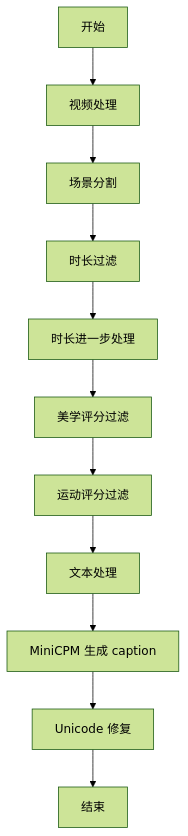
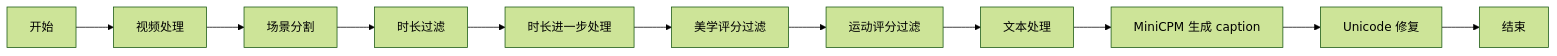
The diagram in README.md (simplaj/Modelscope-Sora), drawn with Mermaid (forest theme) before and after one commit.

Commit message:
update graph

````diff
--- a/README.md
+++ b/README.md
@@ -4,13 +4,13 @@
 ```mermaid
-graph TD
+graph LR
     A[开始] --> B[视频处理]
     B --> C[场景分割]
     C --> D[时长过滤]
     D --> E[时长进一步处理]
     E --> F[美学评分过滤]
     F --> G[运动评分过滤]
     G --> H[文本处理]
     H --> I[MiniCPM 生成 caption]
     I --> J[Unicode 修复]
     J --> K[结束]
 ```
````
